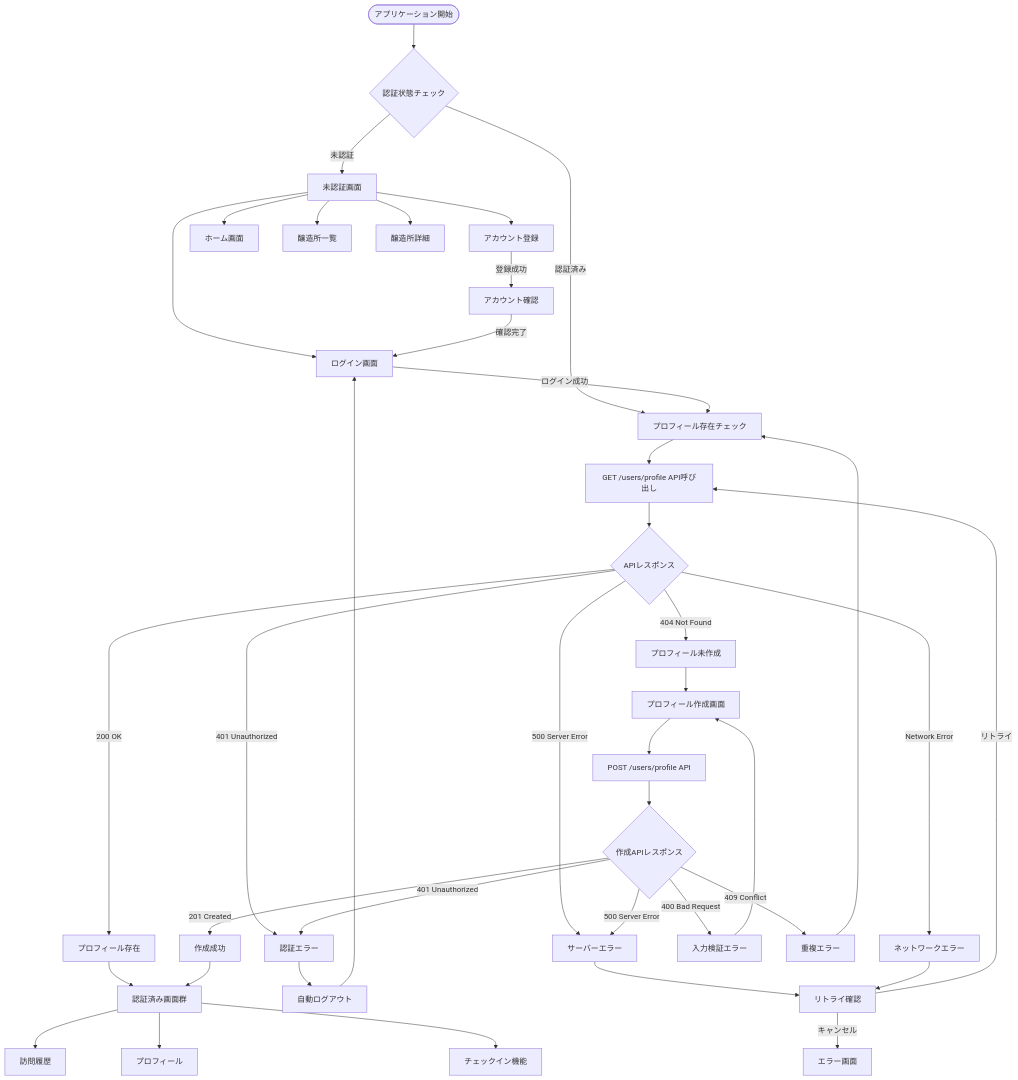
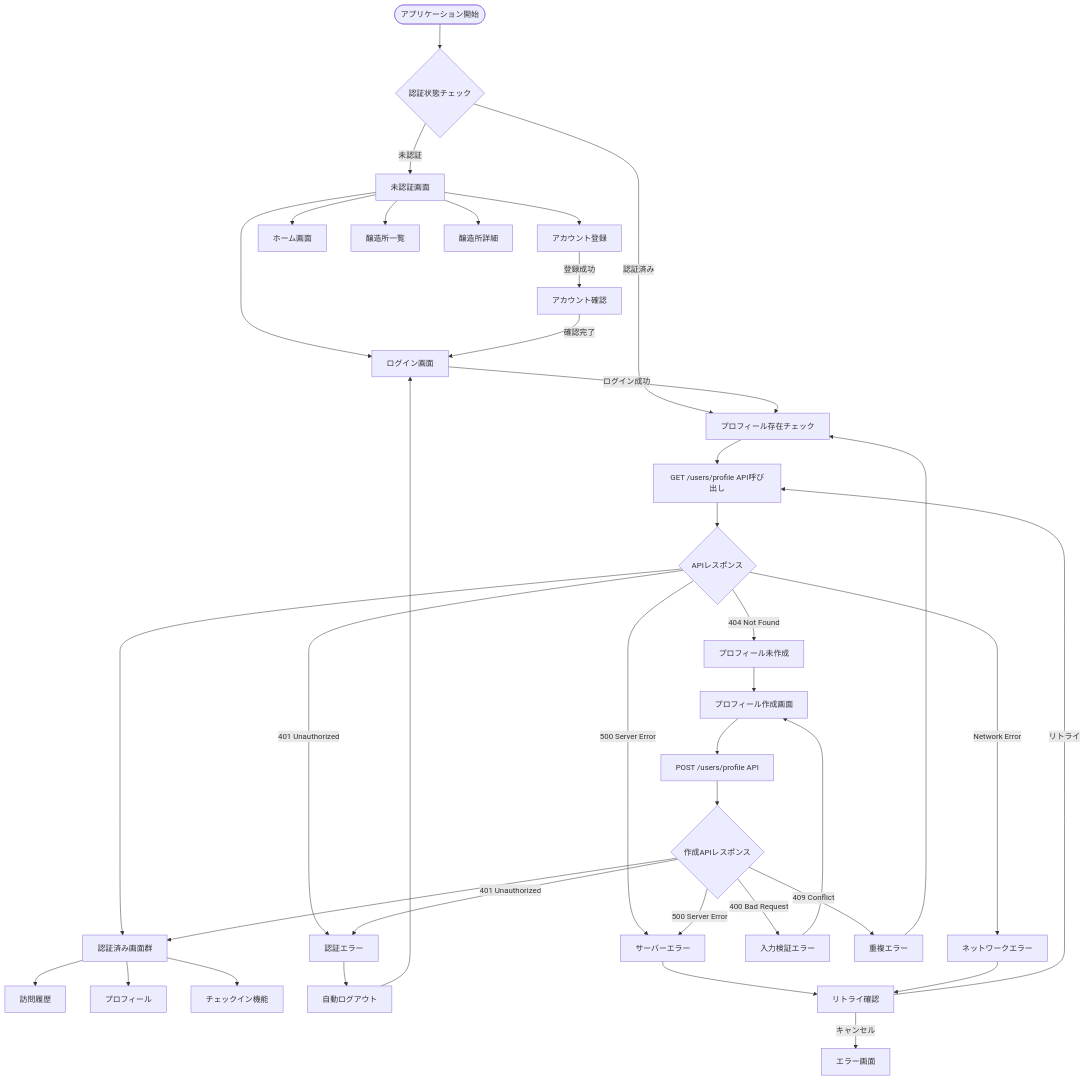
Before and after one commit to hidaken991018/beer_ikitai: the first of 2 diagrams in docs/architect/screen-transitions.md, drawn with Mermaid. The commit also changed other lines of this file, not shown here.

Commit message:
docs\architect\screen-transitions.md の修正

````diff
--- a/docs/architect/screen-transitions.md
+++ b/docs/architect/screen-transitions.md
@@ -51,64 +51,61 @@
 ```mermaid
 flowchart TD
     START([アプリケーション開始]) --> AUTH_CHECK{認証状態チェック}
-    
+
     %% 認証状態別分岐
     AUTH_CHECK --> |未認証| UNAUTH_PAGES[未認証画面]
     AUTH_CHECK --> |認証済み| PROFILE_CHECK[プロフィール存在チェック]
-    
+
     %% 未認証ページ群
     UNAUTH_PAGES --> LOGIN[ログイン画面]
     UNAUTH_PAGES --> REGISTER[アカウント登録]
     UNAUTH_PAGES --> HOME[ホーム画面]
     UNAUTH_PAGES --> BREWERY_LIST[醸造所一覧]
     UNAUTH_PAGES --> BREWERY_DETAIL[醸造所詳細]
-    
+
     %% 認証フロー
     REGISTER --> |登録成功| CONFIRM[アカウント確認]
     CONFIRM --> |確認完了| LOGIN
     LOGIN --> |ログイン成功| PROFILE_CHECK
-    
+
     %% プロフィール存在チェック
     PROFILE_CHECK --> API_CALL[GET /users/profile API呼び出し]
     API_CALL --> API_RESPONSE{APIレスポンス}
-    
+
     %% APIレスポンス別処理
-    API_RESPONSE --> |200 OK| PROFILE_EXISTS[プロフィール存在]
     API_RESPONSE --> |404 Not Found| PROFILE_NOT_EXISTS[プロフィール未作成]
     API_RESPONSE --> |401 Unauthorized| AUTH_ERROR[認証エラー]
     API_RESPONSE --> |500 Server Error| SERVER_ERROR[サーバーエラー]
     API_RESPONSE --> |Network Error| NETWORK_ERROR[ネットワークエラー]
-    
+
     %% 正常フロー
-    PROFILE_EXISTS --> AUTH_PAGES[認証済み画面群]
+    API_RESPONSE --> AUTH_PAGES[認証済み画面群]
     PROFILE_NOT_EXISTS --> PROFILE_CREATE[プロフィール作成画面]
     PROFILE_CREATE --> CREATE_API[POST /users/profile API]
     CREATE_API --> CREATE_RESPONSE{作成APIレスポンス}
-    
+
     %% プロフィール作成レスポンス
-    CREATE_RESPONSE --> |201 Created| PROFILE_CREATED[作成成功]
+    CREATE_RESPONSE --> AUTH_PAGES
     CREATE_RESPONSE --> |400 Bad Request| VALIDATION_ERROR[入力検証エラー]
     CREATE_RESPONSE --> |401 Unauthorized| AUTH_ERROR
     CREATE_RESPONSE --> |409 Conflict| CONFLICT_ERROR[重複エラー]
     CREATE_RESPONSE --> |500 Server Error| SERVER_ERROR
-    
-    PROFILE_CREATED --> AUTH_PAGES
-    
+
     %% 認証済み画面群
     AUTH_PAGES --> VISITS[訪問履歴]
     AUTH_PAGES --> PROFILE[プロフィール]
     AUTH_PAGES --> CHECKIN[チェックイン機能]
-    
+
     %% エラー処理フロー
     AUTH_ERROR --> LOGOUT[自動ログアウト]
     LOGOUT --> LOGIN
-    
+
     SERVER_ERROR --> RETRY_DIALOG[リトライ確認]
     NETWORK_ERROR --> RETRY_DIALOG
-    
+
     RETRY_DIALOG --> |リトライ| API_CALL
     RETRY_DIALOG --> |キャンセル| ERROR_FALLBACK[エラー画面]
-    
+
     VALIDATION_ERROR --> PROFILE_CREATE
     CONFLICT_ERROR --> PROFILE_CHECK
 ```
````
